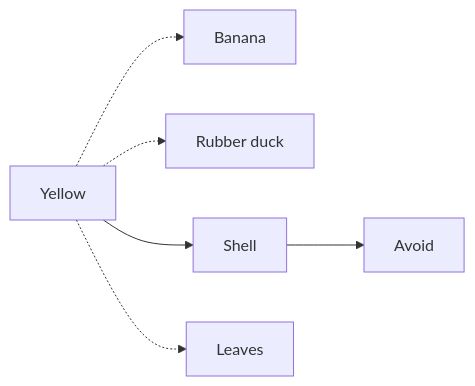
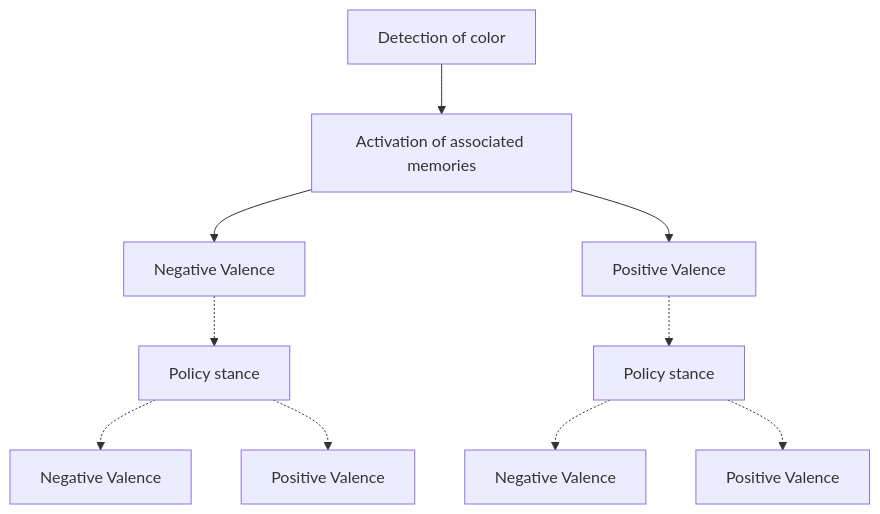
Before and after one commit to DamonCharlesRoberts/book_project: the diagram in chapter_2/src/slides/slides.qmd, drawn with Mermaid. The commit also changed other lines of this file and 14 other files, not shown here.

````diff
--- a/chapter_2/src/slides/slides.qmd
+++ b/chapter_2/src/slides/slides.qmd
@@ -161,13 +214,15 @@
 ```{mermaid}
-%%| label: fig-shell-affect
-%%| fig-cap: Object evaluation
-%%| eval: true
-flowchart LR;
+%%| label: fig-snap-judgment-model
+%%| fig-cap: Overview of model
 
-A["Yellow"]
-A -.-> B["Banana"]
-A -.-> C["Rubber duck"]
-A --> D["Shell"]
-A -.-> E["Leaves"]
-D --> F["Avoid"]
+flowchart TD;
+A[Detection of color] --> B[Activation of associated memories]
+B --> C[Negative Valence]
+B --> D[Positive Valence]
+C -.-> E[Policy stance]
+D -.-> F[Policy stance]
+E -.-> G[Negative Valence]
+E -.-> H[Positive Valence]
+F -.-> I[Negative Valence]
+F -.-> J[Positive Valence]
 ```
````
